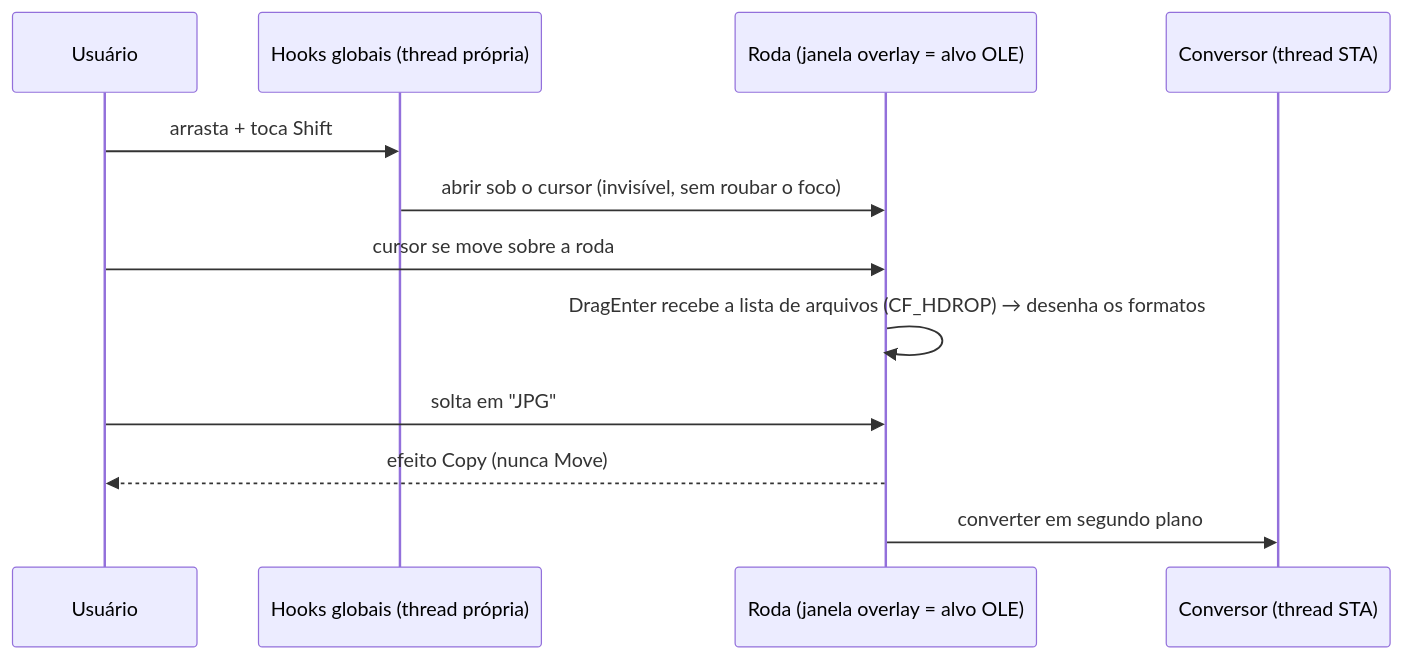
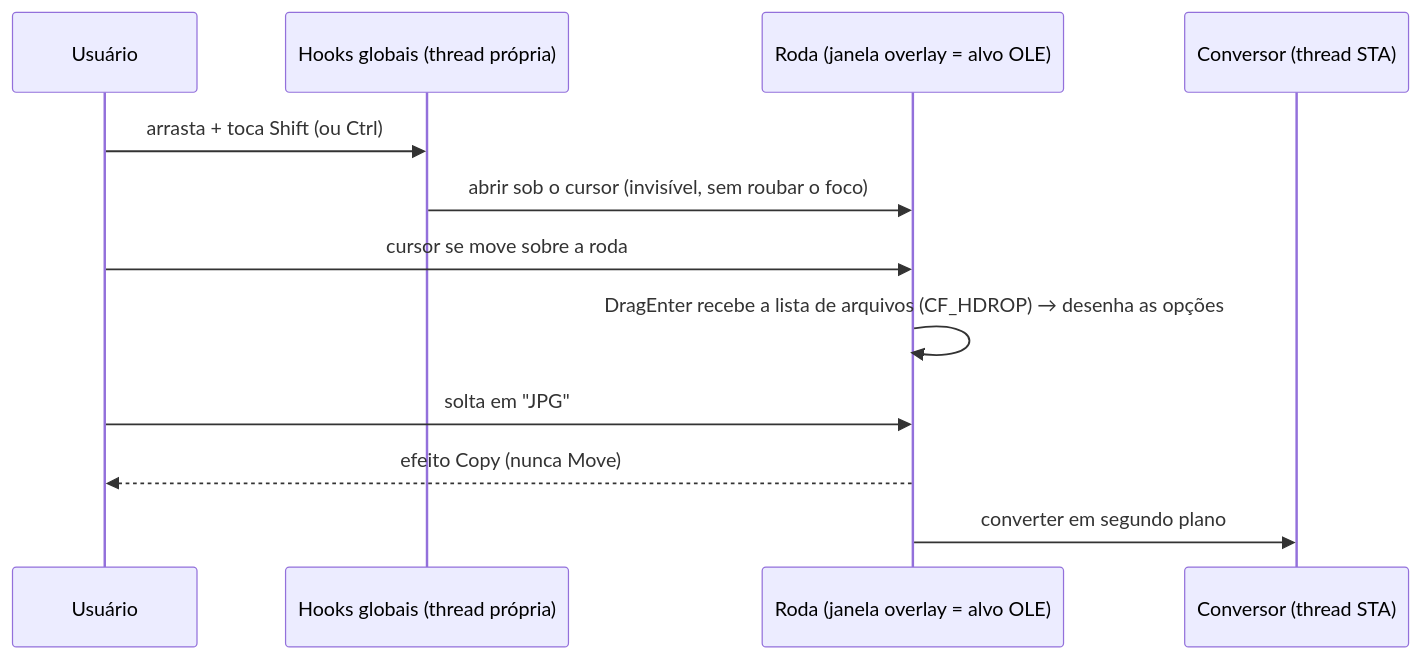
One commit to KauaBR0/pomelo changed the diagram in README.md. Above: the diagram before and after it, drawn with Mermaid. The commit also changed other lines of this file and 23 other files, not shown here.

````diff
--- a/README.md
+++ b/README.md
@@ -101,14 +126,14 @@
 ```mermaid
 sequenceDiagram
     participant U as Usuário
     participant H as Hooks globais (thread própria)
     participant W as Roda (janela overlay = alvo OLE)
     participant C as Conversor (thread STA)
-    U->>H: arrasta + toca Shift
+    U->>H: arrasta + toca Shift (ou Ctrl)
     H->>W: abrir sob o cursor (invisível, sem roubar o foco)
     U->>W: cursor se move sobre a roda
-    W->>W: DragEnter recebe a lista de arquivos (CF_HDROP) → desenha os formatos
+    W->>W: DragEnter recebe a lista de arquivos (CF_HDROP) → desenha as opções
     U->>W: solta em "JPG"
     W-->>U: efeito Copy (nunca Move)
     W->>C: converter em segundo plano
 ```
````
